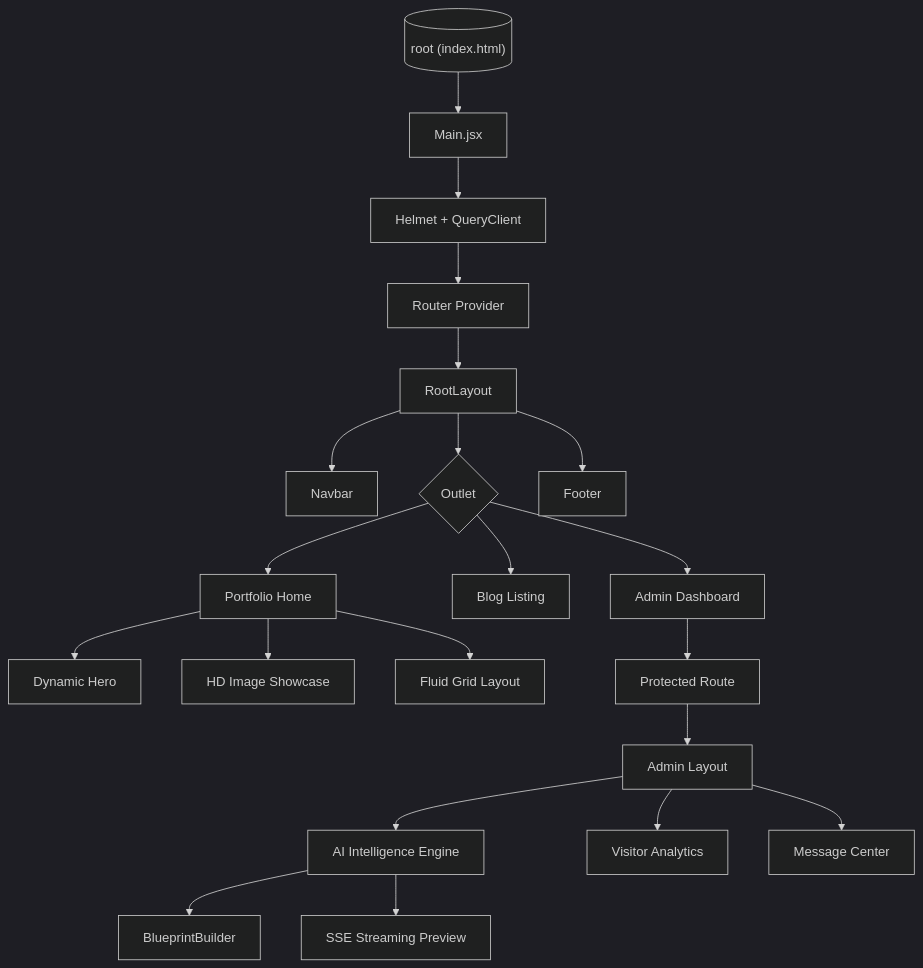
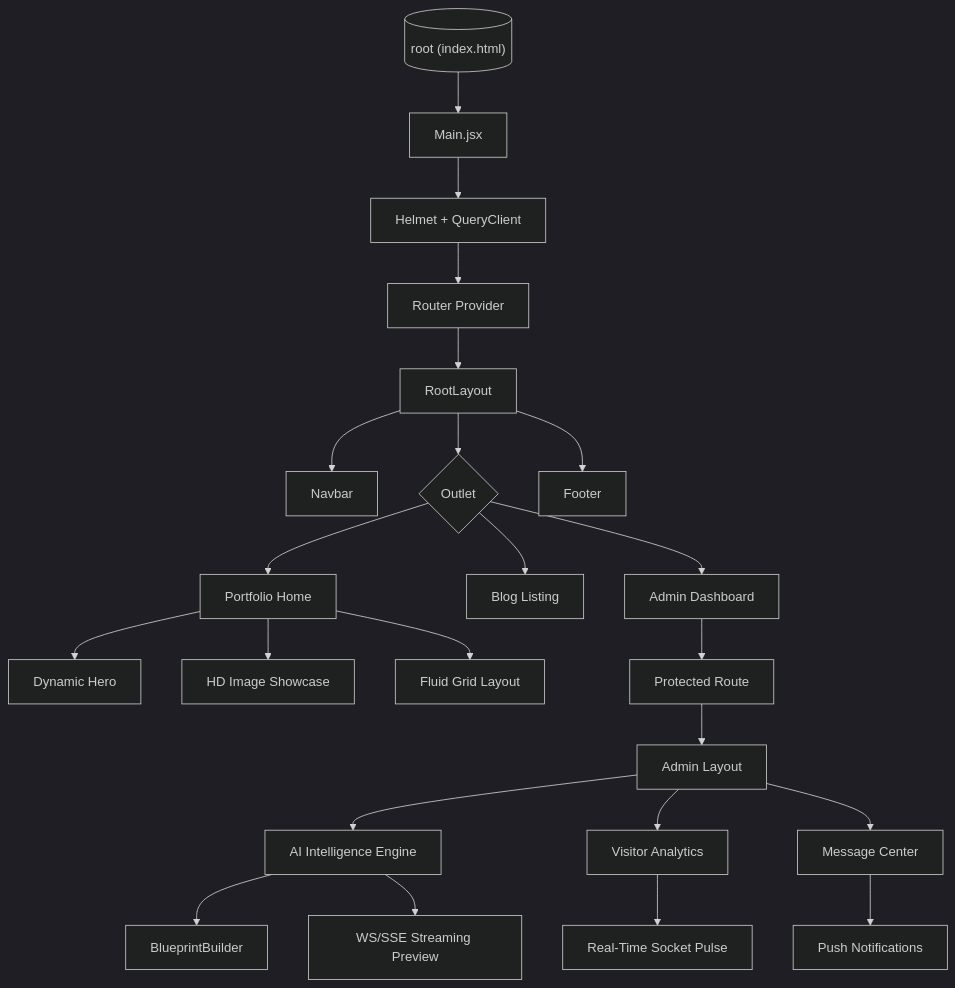
The second of 3 diagrams in docs/SYSTEM_DESIGN.md (steeltroops-ai/my-portfolio-steeltroops), drawn with Mermaid (dark theme) before and after one commit. The commit also changed other lines of this file and 62 other files, not shown here.

````diff
--- a/docs/SYSTEM_DESIGN.md
+++ b/docs/SYSTEM_DESIGN.md
@@ -59,33 +66,35 @@
 ```mermaid
 graph TD
     Root[("root (index.html)")] --> Main[Main.jsx]
     Main --> AppProvider[Helmet + QueryClient]
     AppProvider --> Router[Router Provider]
 
     Router --> Layout["RootLayout"]
 
     Layout --> Navbar[Navbar]
     Layout --> Content{Outlet}
     Layout --> Footer[Footer]
 
     %% Routes
     Content --> RouteHome[Portfolio Home]
     Content --> RouteBlog[Blog Listing]
     Content --> RouteAdmin[Admin Dashboard]
 
     %% Portfolio Modules
     RouteHome --> Hero[Dynamic Hero]
     RouteHome --> Projects[HD Image Showcase]
     RouteHome --> Section2[Fluid Grid Layout]
 
     %% Admin Intelligence
     RouteAdmin --> Protected[Protected Route]
     Protected --> AdLayout[Admin Layout]
 
     AdLayout --> AIGen[AI Intelligence Engine]
     AIGen --> Blueprint[BlueprintBuilder]
-    AIGen --> Preview[SSE Streaming Preview]
+    AIGen --> Preview[WS/SSE Streaming Preview]
 
     AdLayout --> Analytics[Visitor Analytics]
+    Analytics --> Pulse[Real-Time Socket Pulse]
     AdLayout --> Messages[Message Center]
+    Messages --> Notif[Push Notifications]
 ```
````
